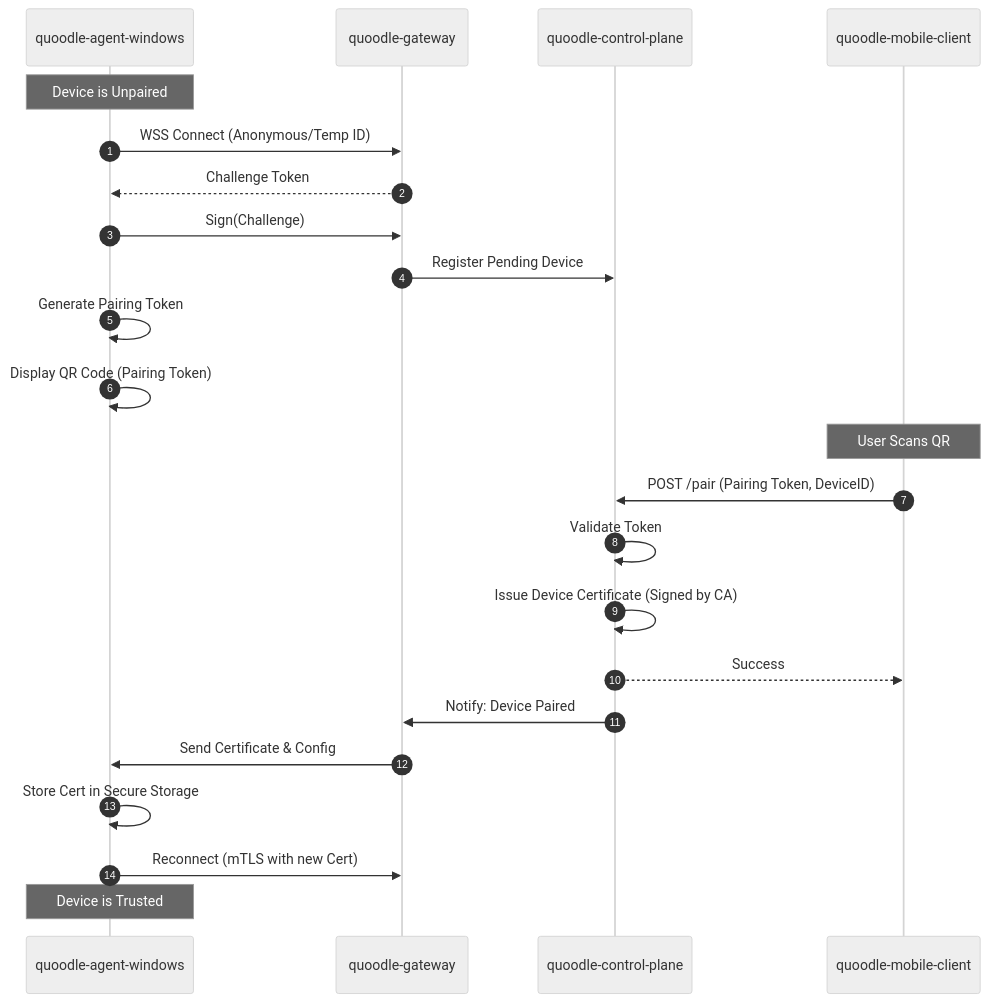
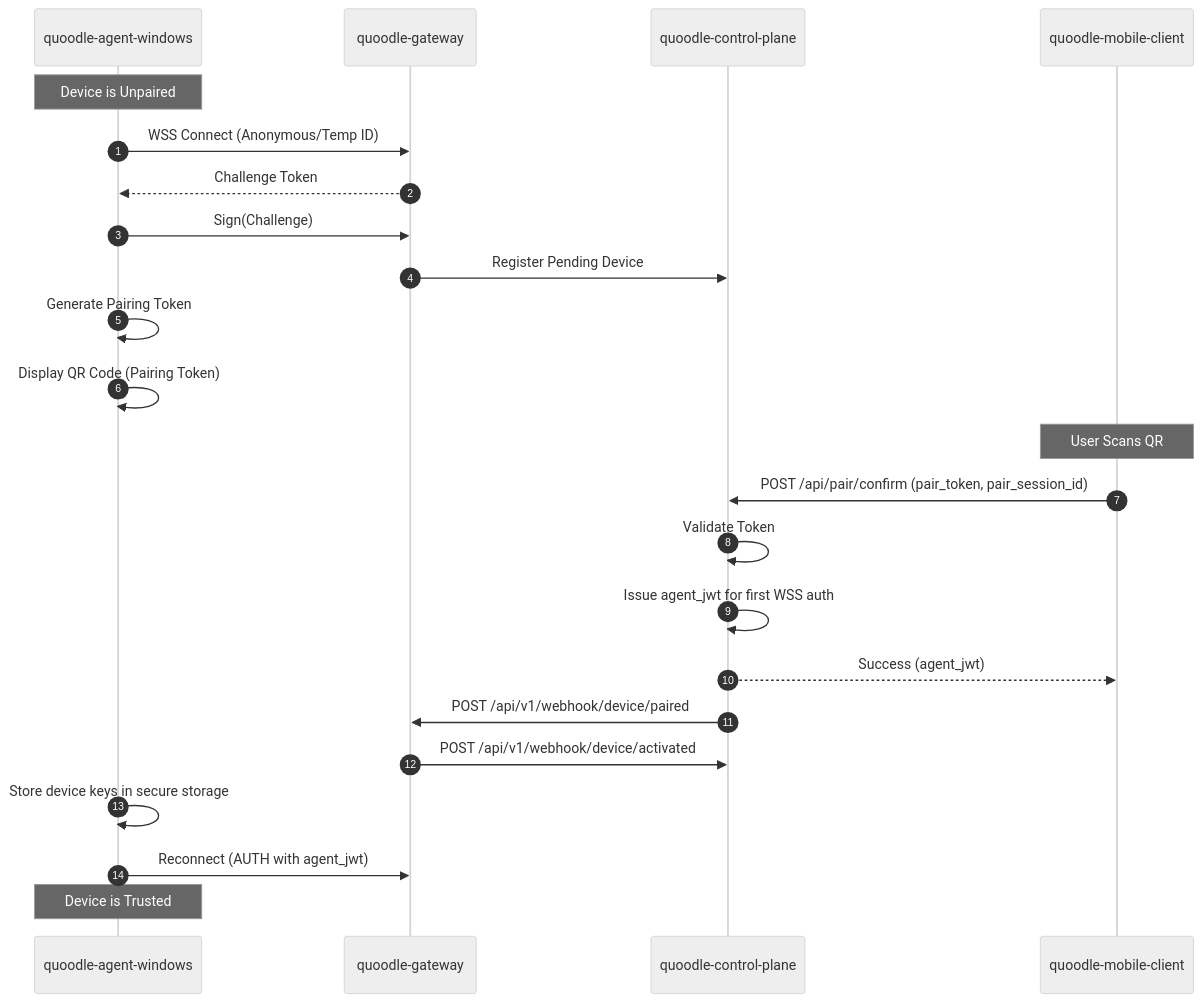
One commit to Ela-El-maker/Quoodle changed the first of 2 diagrams in docs/architecture/sequence_flows.md. Above: the diagram before and after it, drawn with Mermaid (neutral theme). The commit also changed other lines of this file and 48 other files, not shown here.

````diff
--- a/docs/architecture/sequence_flows.md
+++ b/docs/architecture/sequence_flows.md
@@ -9,30 +9,30 @@
 ```mermaid
 sequenceDiagram
     autonumber
     participant Agent as quoodle-agent-windows
     participant Gateway as quoodle-gateway
     participant Control as quoodle-control-plane
     participant Mobile as quoodle-mobile-client
 
     Note over Agent: Device is Unpaired
     Agent->>Gateway: WSS Connect (Anonymous/Temp ID)
     Gateway-->>Agent: Challenge Token
     Agent->>Gateway: Sign(Challenge)
     Gateway->>Control: Register Pending Device
     
     Agent->>Agent: Generate Pairing Token
     Agent->>Agent: Display QR Code (Pairing Token)
     
     Note over Mobile: User Scans QR
-    Mobile->>Control: POST /pair (Pairing Token, DeviceID)
+    Mobile->>Control: POST /api/pair/confirm (pair_token, pair_session_id)
     Control->>Control: Validate Token
-    Control->>Control: Issue Device Certificate (Signed by CA)
-    Control-->>Mobile: Success
+    Control->>Control: Issue agent_jwt for first WSS auth
+    Control-->>Mobile: Success (agent_jwt)
     
-    Control->>Gateway: Notify: Device Paired
-    Gateway->>Agent: Send Certificate & Config
+    Control->>Gateway: POST /api/v1/webhook/device/paired
+    Gateway->>Control: POST /api/v1/webhook/device/activated
     
-    Agent->>Agent: Store Cert in Secure Storage
-    Agent->>Gateway: Reconnect (mTLS with new Cert)
+    Agent->>Agent: Store device keys in secure storage
+    Agent->>Gateway: Reconnect (AUTH with agent_jwt)
     Note over Agent: Device is Trusted
 ```
````
